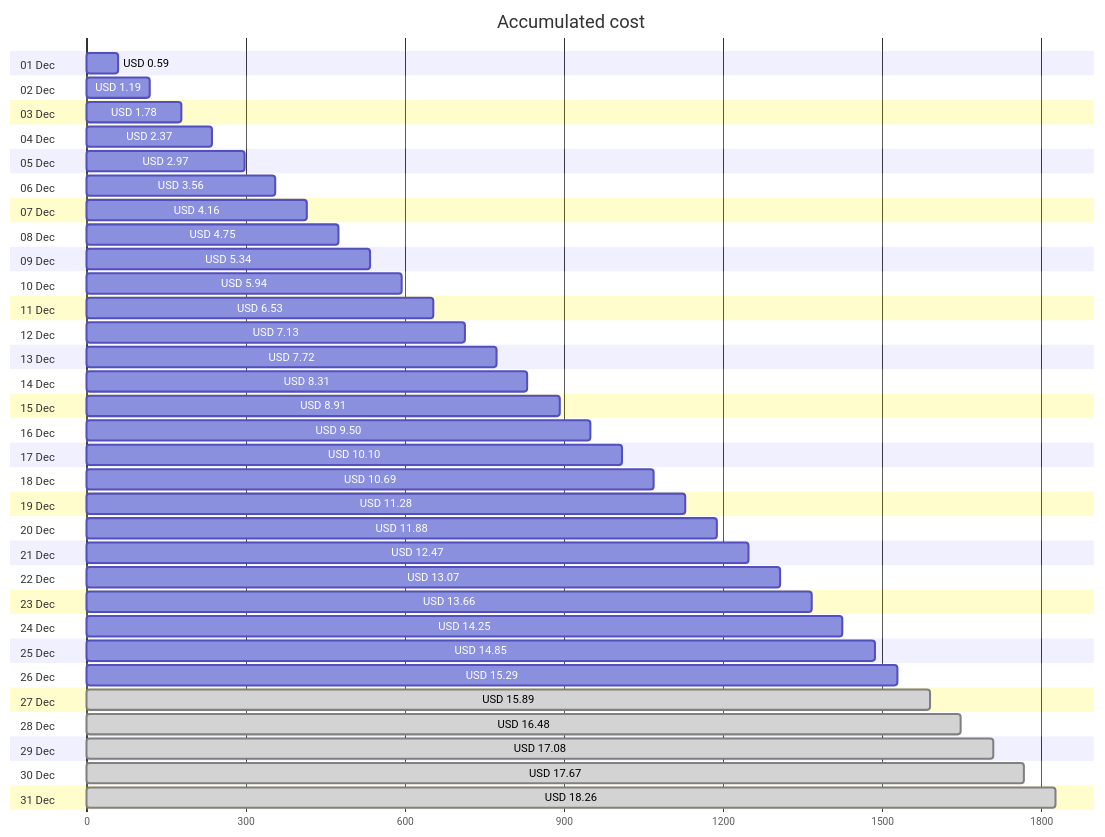
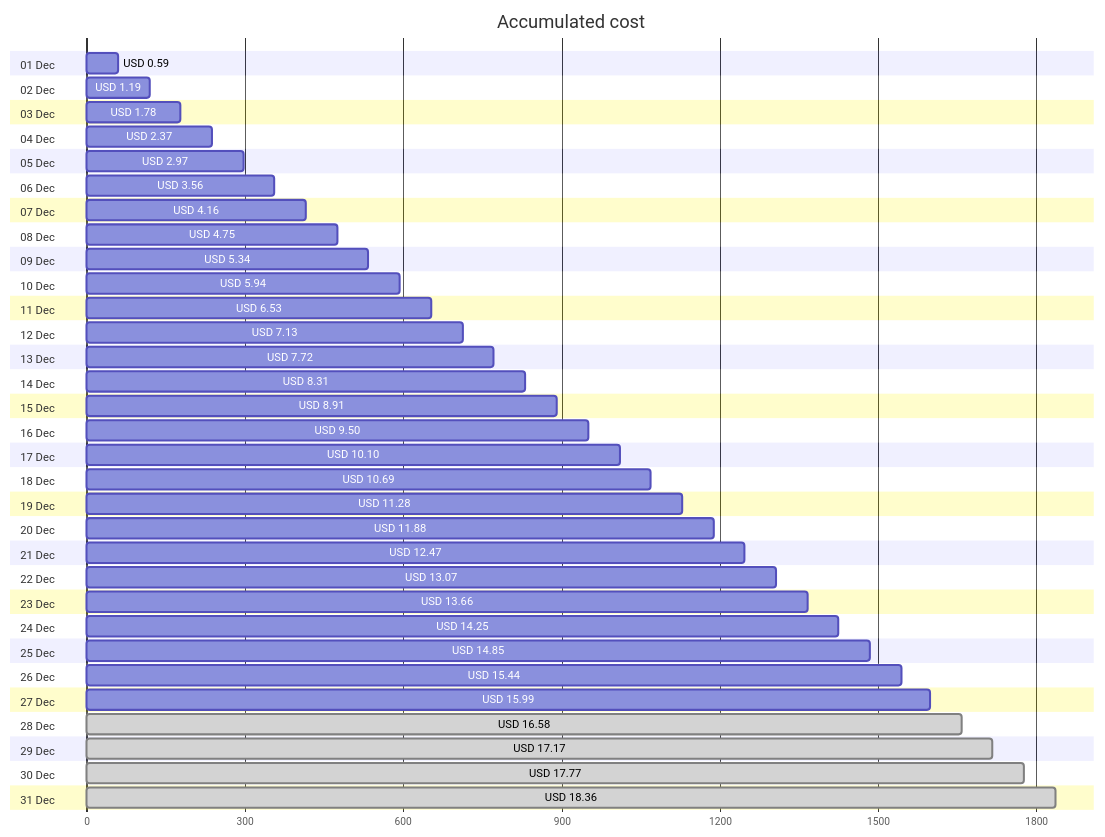
The first of 4 diagrams in cost-reports/personal-site/README.md (jpfulton/azure-personal-reports), drawn with Mermaid before and after one commit. The commit also changed other lines of this file and 6 other files, not shown here.

````diff
--- a/cost-reports/personal-site/README.md
+++ b/cost-reports/personal-site/README.md
@@ -20,68 +20,68 @@
 ```mermaid
 gantt
    title Accumulated cost
    dateFormat  X
    axisFormat %s
    section 01 Dec
    USD 0.59 :0, 59
    section 02 Dec
    USD 1.19 :0, 119
    section 03 Dec
    USD 1.78 :0, 178
    section 04 Dec
    USD 2.37 :0, 237
    section 05 Dec
    USD 2.97 :0, 297
    section 06 Dec
    USD 3.56 :0, 356
    section 07 Dec
    USD 4.16 :0, 416
    section 08 Dec
    USD 4.75 :0, 475
    section 09 Dec
    USD 5.34 :0, 534
    section 10 Dec
    USD 5.94 :0, 594
    section 11 Dec
    USD 6.53 :0, 653
    section 12 Dec
    USD 7.13 :0, 713
    section 13 Dec
    USD 7.72 :0, 772
    section 14 Dec
    USD 8.31 :0, 831
    section 15 Dec
    USD 8.91 :0, 891
    section 16 Dec
    USD 9.50 :0, 950
    section 17 Dec
    USD 10.10 :0, 1010
    section 18 Dec
    USD 10.69 :0, 1069
    section 19 Dec
    USD 11.28 :0, 1128
    section 20 Dec
    USD 11.88 :0, 1188
    section 21 Dec
    USD 12.47 :0, 1247
    section 22 Dec
    USD 13.07 :0, 1307
    section 23 Dec
    USD 13.66 :0, 1366
    section 24 Dec
    USD 14.25 :0, 1425
    section 25 Dec
    USD 14.85 :0, 1485
    section 26 Dec
-   USD 15.29 :0, 1529
+   USD 15.44 :0, 1544
    section 27 Dec
-   USD 15.89 : done, 0, 1589
+   USD 15.99 :0, 1599
    section 28 Dec
-   USD 16.48 : done, 0, 1648
+   USD 16.58 : done, 0, 1658
    section 29 Dec
-   USD 17.08 : done, 0, 1708
+   USD 17.17 : done, 0, 1717
    section 30 Dec
-   USD 17.67 : done, 0, 1767
+   USD 17.77 : done, 0, 1777
    section 31 Dec
-   USD 18.26 : done, 0, 1826
+   USD 18.36 : done, 0, 1836
 ```
````
